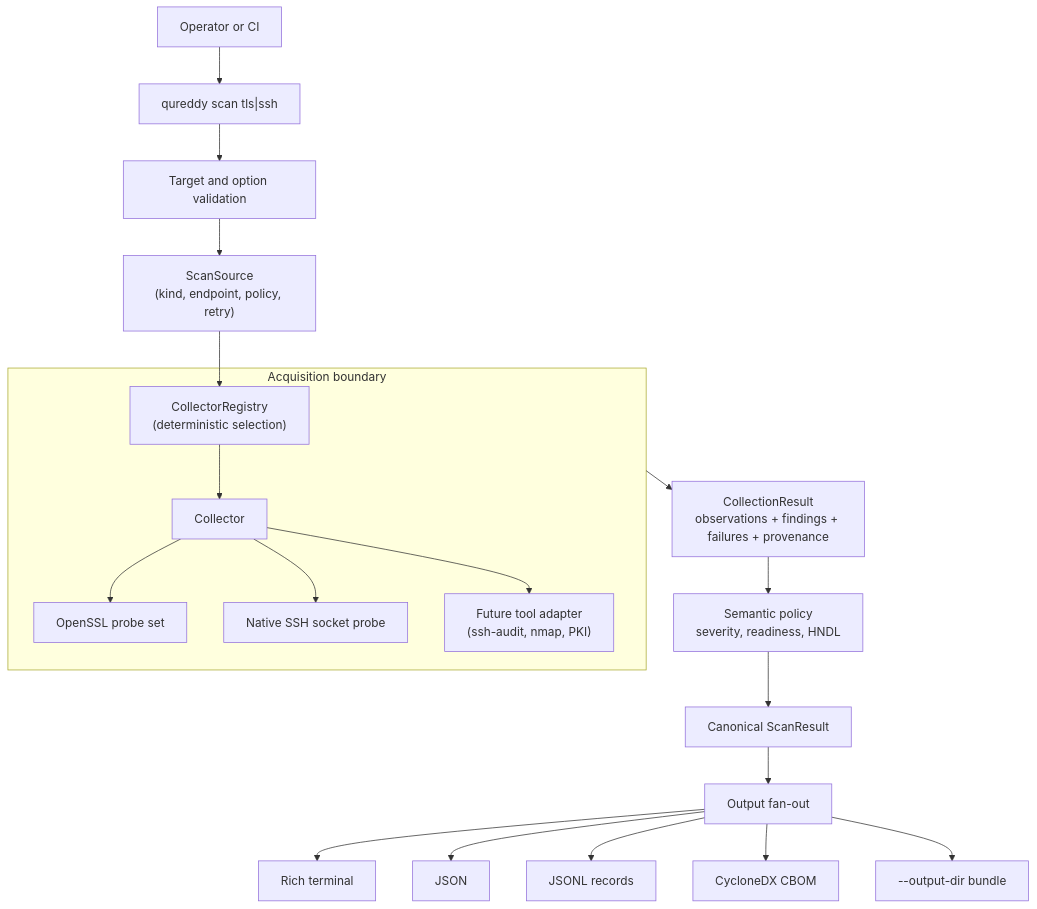
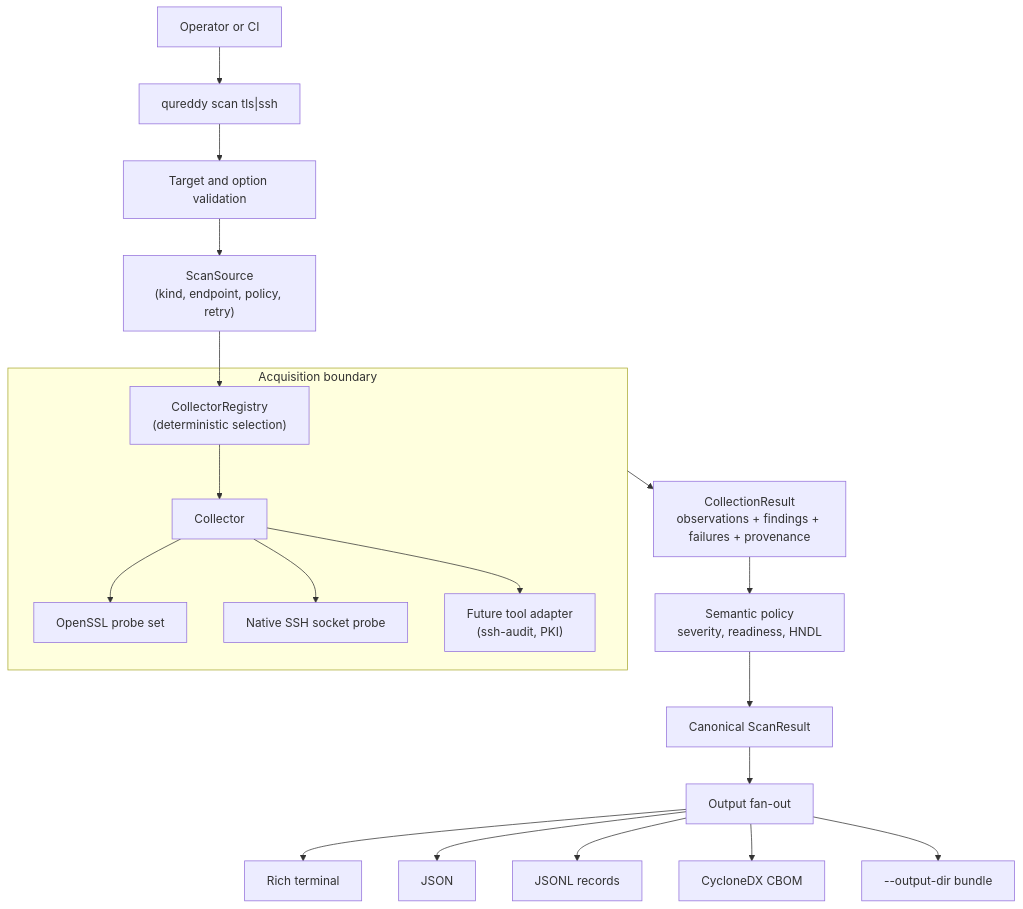
Before and after one commit to BreachSAFE/qureddy: the fifth of 10 diagrams in docs/explanation/architecture.md, drawn with Mermaid. The commit also changed other lines of this file and 5 other files, not shown here.

First line of the commit message:
refactor: remove dormant nmap adapter contract

````diff
--- a/docs/explanation/architecture.md
+++ b/docs/explanation/architecture.md
@@ -276,24 +276,24 @@
 ```mermaid
 flowchart TB
     user["Operator or CI"] --> cli["qureddy scan tls|ssh"]
     cli --> parse["Target and option validation"]
     parse --> request["ScanSource\n(kind, endpoint, policy, retry)"]
     request --> registry["CollectorRegistry\n(deterministic selection)"]
 
     subgraph acquisition["Acquisition boundary"]
         registry --> collector["Collector"]
         collector --> tlsprobe["OpenSSL probe set"]
         collector --> sshprobe["Native SSH socket probe"]
-        collector --> future["Future tool adapter\n(ssh-audit, nmap, PKI)"]
+        collector --> future["Future tool adapter\n(ssh-audit, PKI)"]
     end
 
     acquisition --> result["CollectionResult\nobservations + findings + failures + provenance"]
     result --> policy["Semantic policy\nseverity, readiness, HNDL"]
     policy --> canonical["Canonical ScanResult"]
     canonical --> fanout["Output fan-out"]
     fanout --> rich["Rich terminal"]
     fanout --> json["JSON"]
     fanout --> jsonl["JSONL records"]
     fanout --> cbom["CycloneDX CBOM"]
     fanout --> bundle["--output-dir bundle"]
 ```
````
